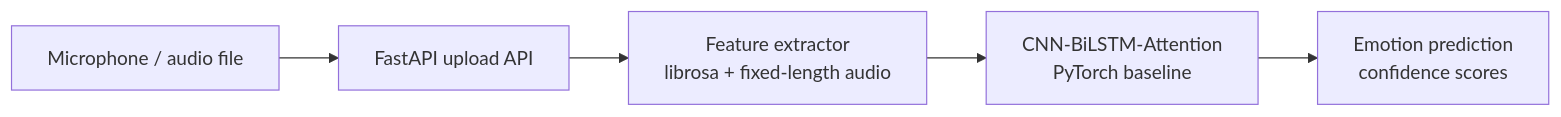
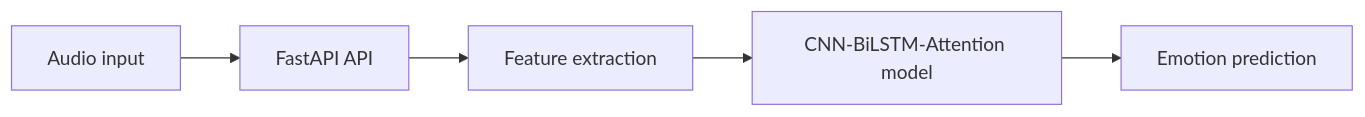
Before and after one commit to ayeshafarhath/speech-emotion-recognition: the diagram in README.md, drawn with Mermaid. The commit also changed other lines of this file, not shown here.

````diff
--- a/README.md
+++ b/README.md
@@ -15,7 +21,7 @@
 ```mermaid
 flowchart LR
-    A[Microphone / audio file] --> B[FastAPI upload API]
-    B --> C[Feature extractor\nlibrosa + fixed-length audio]
-    C --> D[CNN-BiLSTM-Attention\nPyTorch baseline]
-    D --> E[Emotion prediction\nconfidence scores]
+    A[Audio input] --> B[FastAPI API]
+    B --> C[Feature extraction]
+    C --> D[CNN-BiLSTM-Attention model]
+    D --> E[Emotion prediction]
 ```
````
